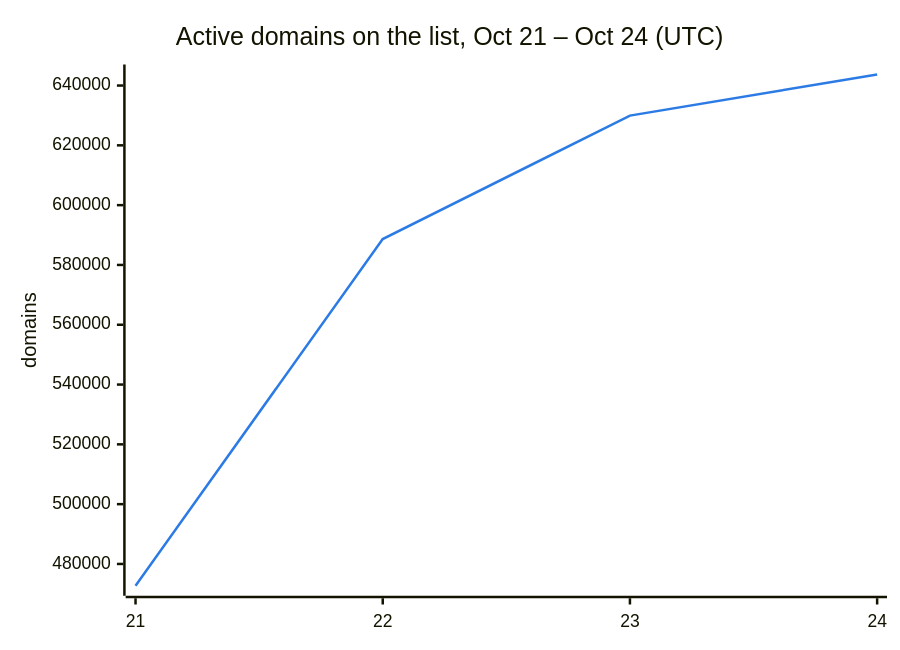
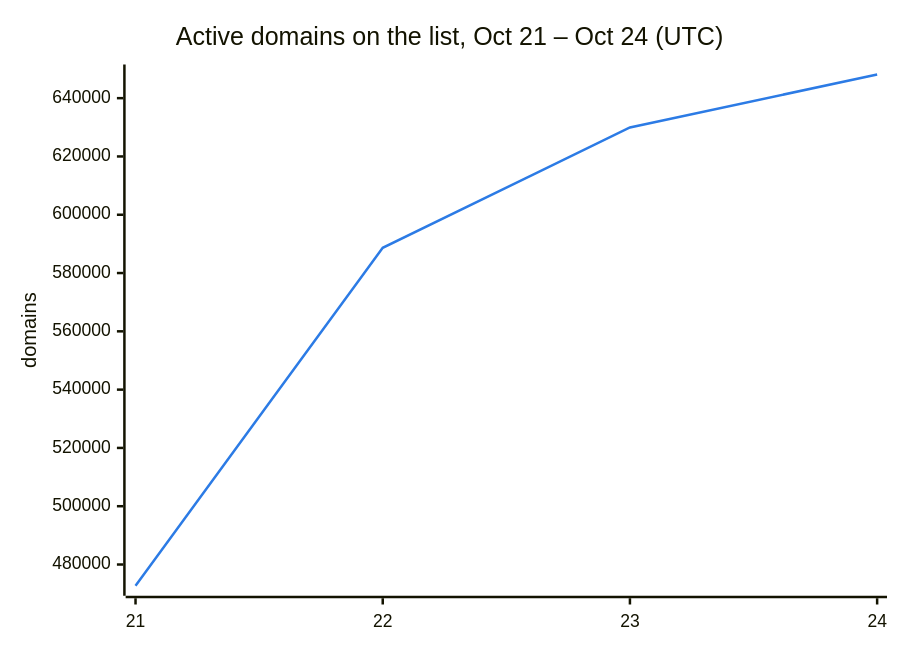
Before and after one commit to DNSBunker/CTI: the second of 3 diagrams in README.md, drawn with Mermaid. The commit also changed other lines of this file and 3 other files, not shown here.

````diff
--- a/README.md
+++ b/README.md
@@ -38,8 +38,8 @@
 ```mermaid
 %%{init: {"themeVariables": {"xyChart": {"plotColorPalette": "#2c7be5"}}}}%%
 xychart-beta
     title "Active domains on the list, Oct 21 – Oct 24 (UTC)"
     x-axis ["21", "22", "23", "24"]
     y-axis "domains"
-    line [472713, 588659, 629951, 643692]
+    line [472713, 588659, 629951, 648117]
 ```
````
